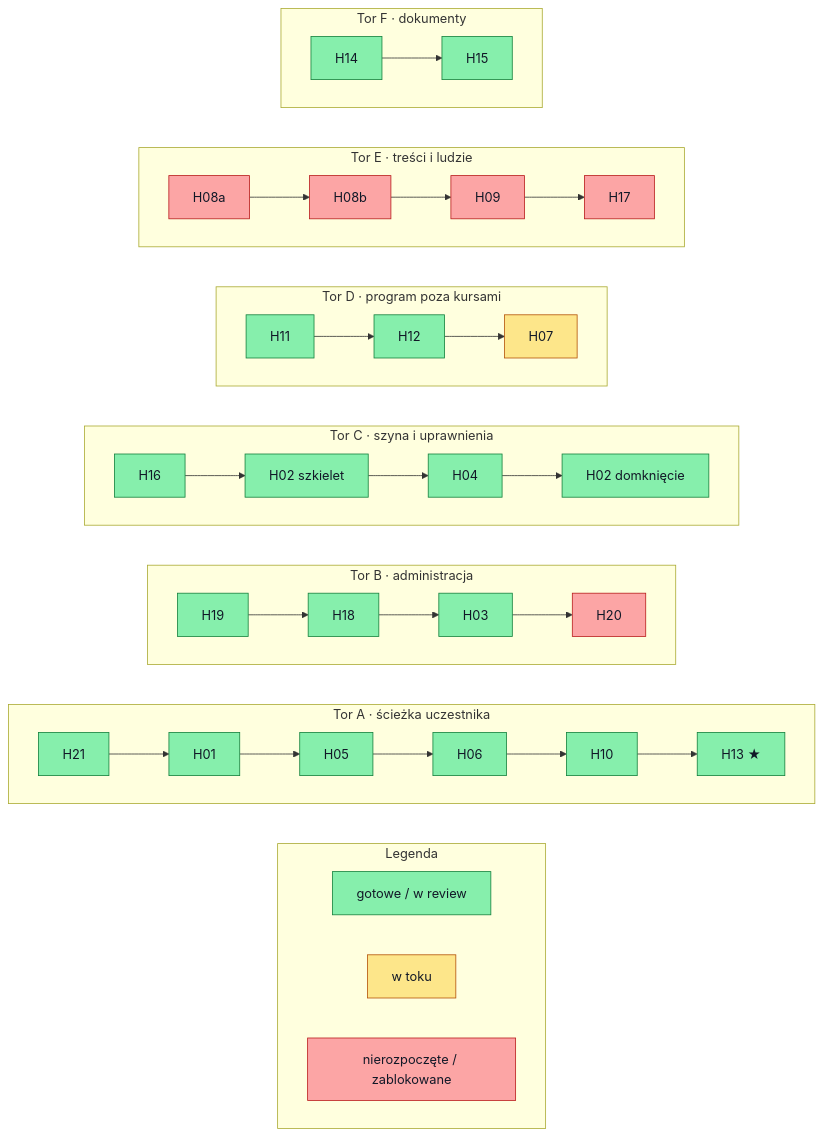
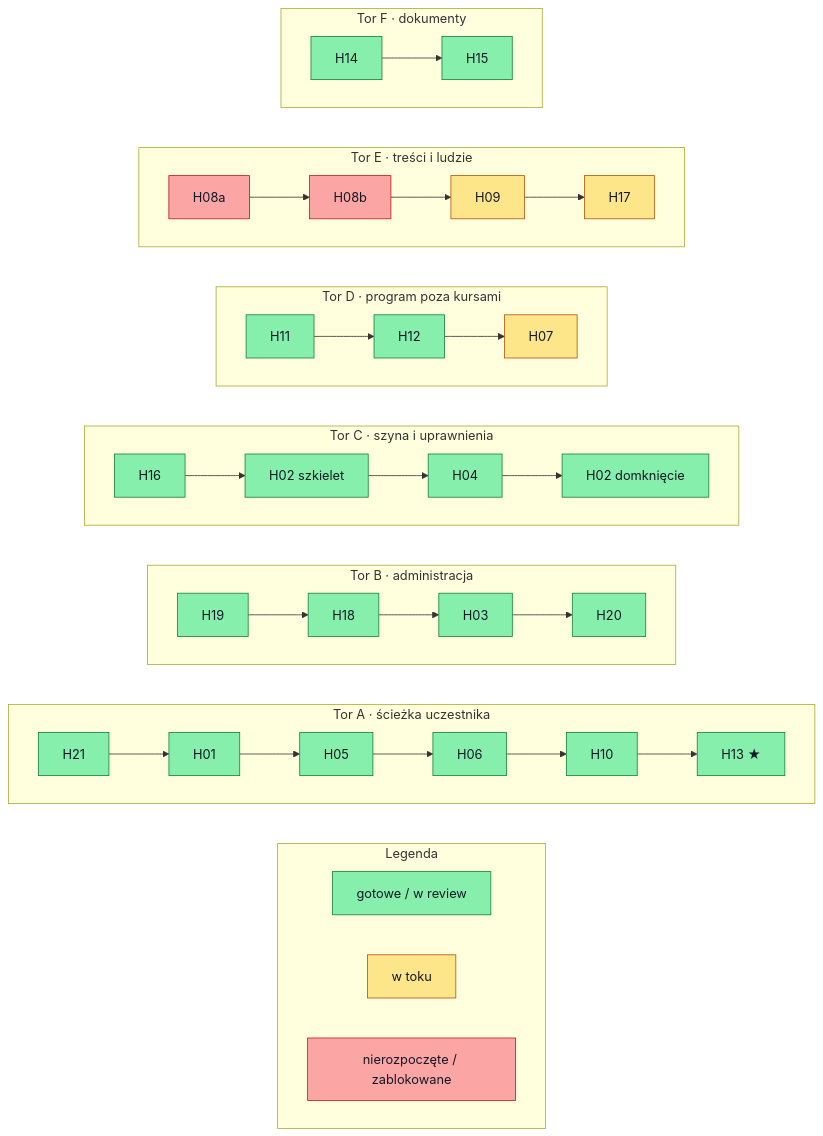
The fourth of 5 diagrams in docs/hackathon/05-zaleznosci-pakietow.md (tomekwilczak/psychon-hackaton), drawn with Mermaid before and after one commit. The commit also changed other lines of this file, not shown here.

````diff
--- a/docs/hackathon/05-zaleznosci-pakietow.md
+++ b/docs/hackathon/05-zaleznosci-pakietow.md
@@ -227,37 +227,37 @@
 ```mermaid
 flowchart LR
   classDef done fill:#86efac,stroke:#15803d,color:#111827
   classDef wip fill:#fde68a,stroke:#b45309,color:#111827
   classDef todo fill:#fca5a5,stroke:#b91c1c,color:#111827
 
   subgraph LG["Legenda"]
     direction LR
     L1["gotowe / w review"]:::done
     L2["w toku"]:::wip
     L3["nierozpoczęte / zablokowane"]:::todo
   end
   subgraph TA["Tor A · ścieżka uczestnika"]
     direction LR
     A0["H21"]:::done --> A1["H01"]:::done --> A2["H05"]:::done --> A3["H06"]:::done --> A4["H10"]:::done --> A5["H13 ★"]:::done
   end
   subgraph TB["Tor B · administracja"]
     direction LR
-    B0["H19"]:::done --> B1["H18"]:::done --> B2["H03"]:::done --> B3["H20"]:::todo
+    B0["H19"]:::done --> B1["H18"]:::done --> B2["H03"]:::done --> B3["H20"]:::done
   end
   subgraph TC["Tor C · szyna i uprawnienia"]
     direction LR
     C0["H16"]:::done --> C1["H02 szkielet"]:::done --> C2["H04"]:::done --> C3["H02 domknięcie"]:::done
   end
   subgraph TD["Tor D · program poza kursami"]
     direction LR
     D0["H11"]:::done --> D1["H12"]:::done --> D2["H07"]:::wip
   end
   subgraph TE["Tor E · treści i ludzie"]
     direction LR
-    E0["H08a"]:::todo --> E1["H08b"]:::todo --> E2["H09"]:::todo --> E3["H17"]:::todo
+    E0["H08a"]:::todo --> E1["H08b"]:::todo --> E2["H09"]:::wip --> E3["H17"]:::wip
   end
   subgraph TF["Tor F · dokumenty"]
     direction LR
     F0["H14"]:::done --> F1["H15"]:::done
   end
 ```
````
